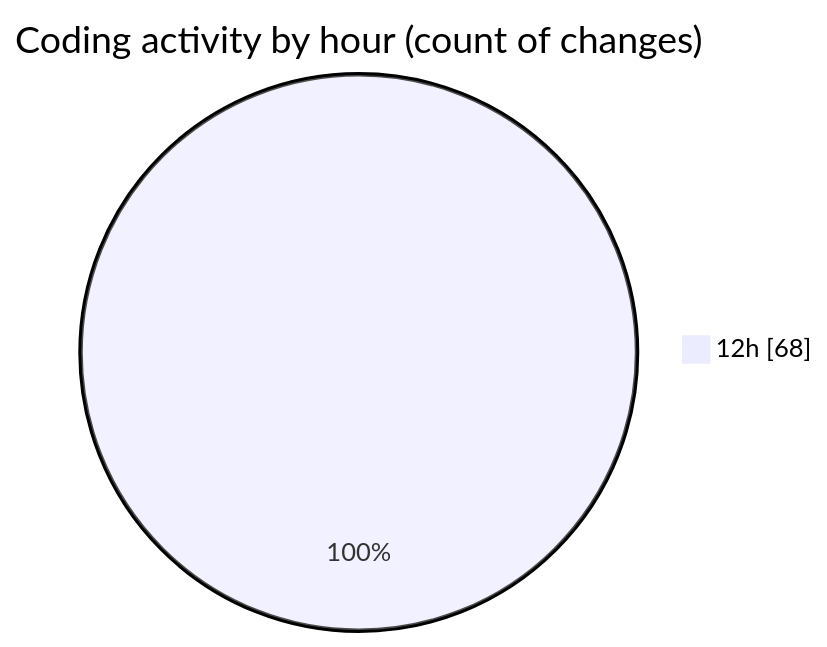
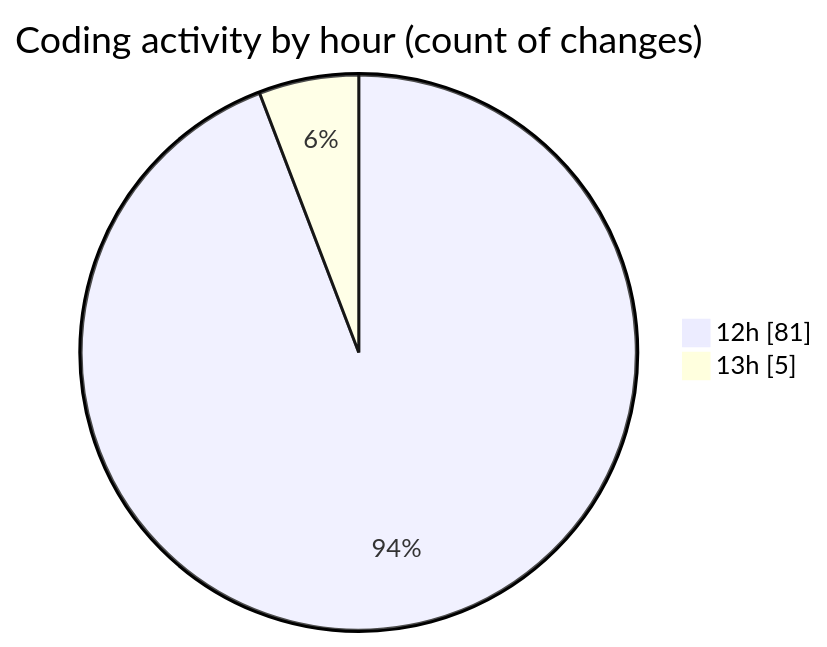
Before and after one commit to Ritupan-Deka/code-tracking: the second of 2 diagrams in 2025-12-28/rust/README.md, drawn with Mermaid. The commit also changed other lines of this file and 1 other file, not shown here.

````diff
--- a/2025-12-28/rust/README.md
+++ b/2025-12-28/rust/README.md
@@ -28,5 +28,6 @@
 ```mermaid
 pie showData
 title Coding activity by hour (count of changes)
-"12h" : 68
+"12h" : 81
+"13h" : 5
 ```
````
